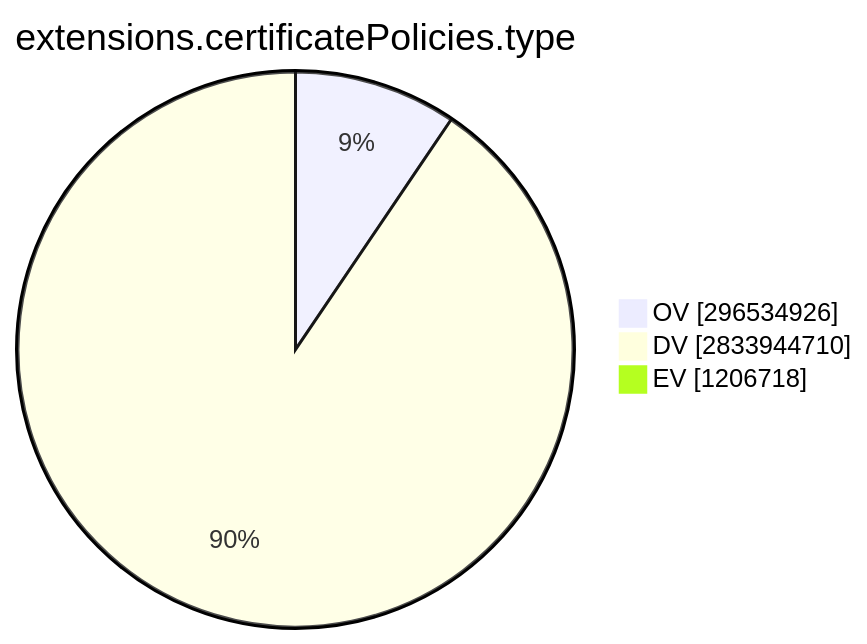
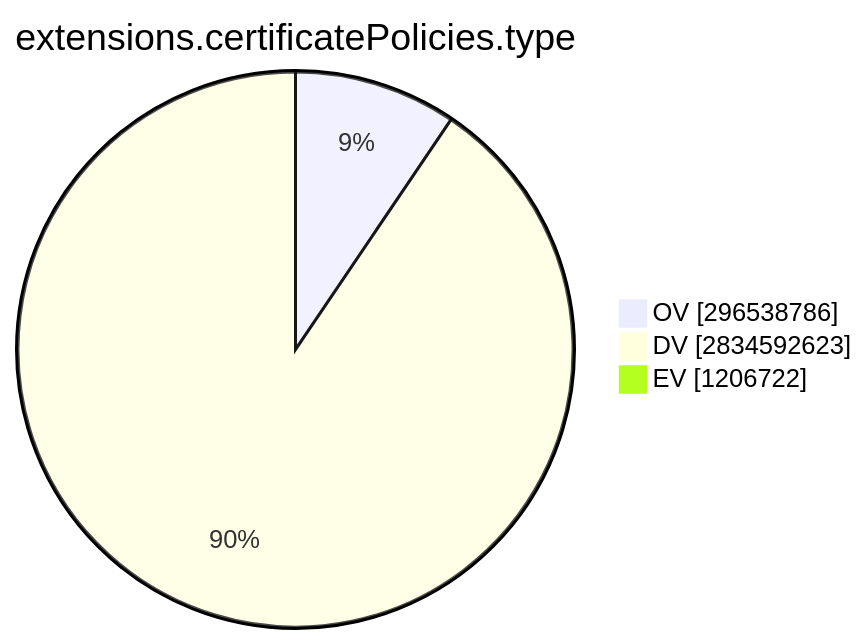
The ninth of 15 diagrams in TOTAL/README.md (christiankrug/ctmonitor_visualization), drawn with Mermaid before and after one commit. The commit also changed other lines of this file, not shown here.

````diff
--- a/TOTAL/README.md
+++ b/TOTAL/README.md
@@ -3099,7 +3099,7 @@
 ```mermaid
 pie showData
 title extensions.certificatePolicies.type
-"OV" :296534926
-"DV" :2833944710
-"EV" :1206718
+"OV" :296538786
+"DV" :2834592623
+"EV" :1206722
 ```
````
